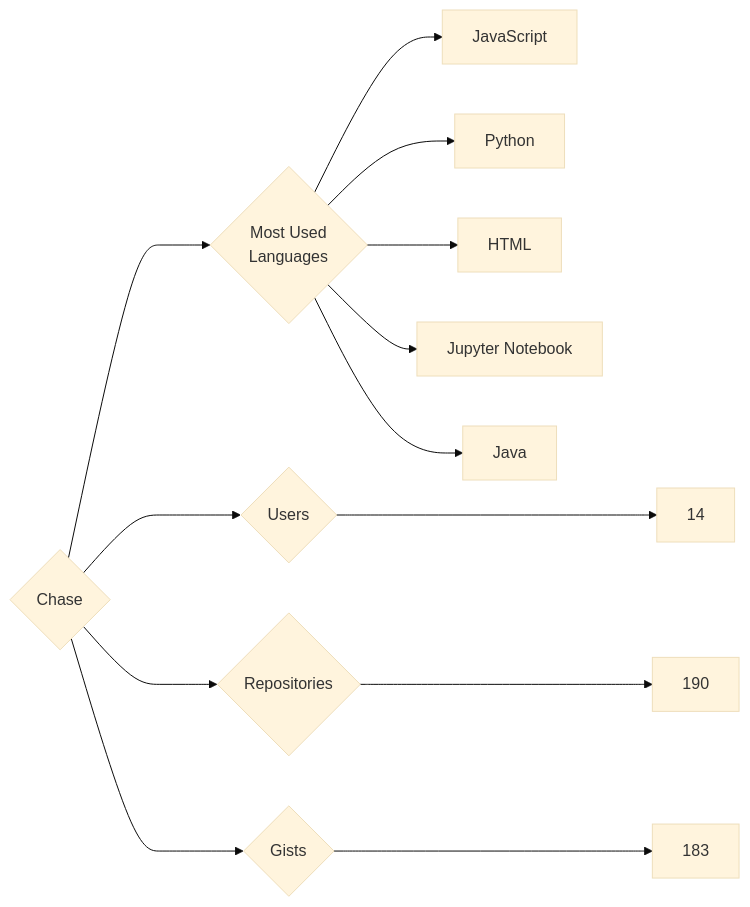
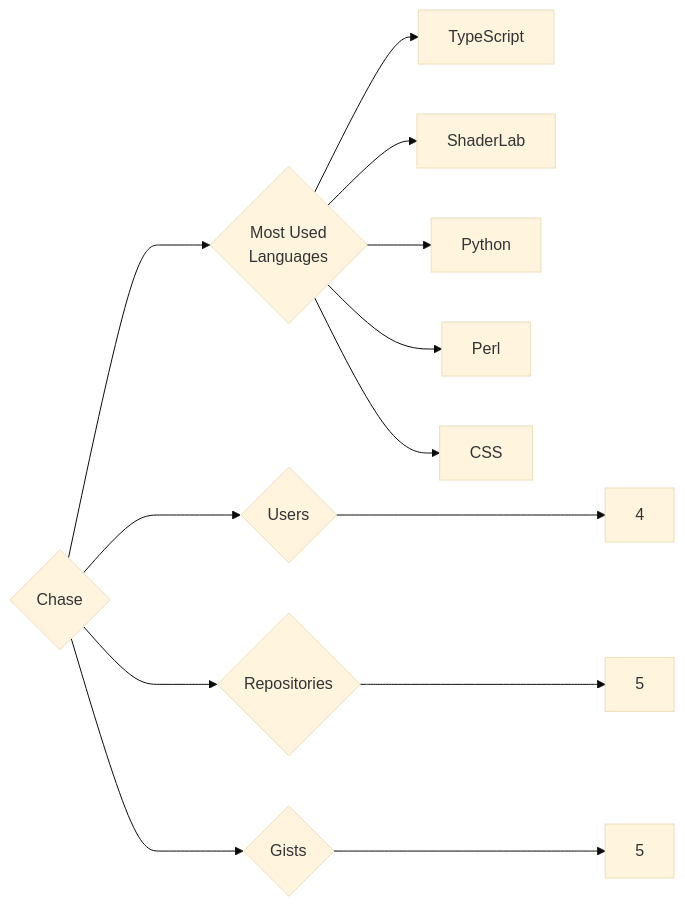
The diagram in targets/Chase/README.md (trickest/insiders), drawn with Mermaid (base theme) before and after one commit. The commit also changed 718 other files, not shown here.

````diff
--- a/targets/Chase/README.md
+++ b/targets/Chase/README.md
@@ -3,13 +3,13 @@
 ```mermaid
 graph LR
 COMPANY_NAME{Chase}
-COMPANY_NAME ---> U{Users} ---> UN[14]
-COMPANY_NAME ---> R{Repositories} ---> RN[190]
-COMPANY_NAME ---> G{Gists} ---> GN[183]
+COMPANY_NAME ---> U{Users} ---> UN[4]
+COMPANY_NAME ---> R{Repositories} ---> RN[5]
+COMPANY_NAME ---> G{Gists} ---> GN[5]
 COMPANY_NAME ---> ML{Most Used<br>Languages}
-ML --> JavaScript[JavaScript]
+ML --> TypeScript[TypeScript]
+ML --> ShaderLab[ShaderLab]
 ML --> Python[Python]
-ML --> HTML[HTML]
-ML --> Jupyter_Notebook[Jupyter Notebook]
-ML --> Java[Java]
+ML --> Perl[Perl]
+ML --> CSS[CSS]
 ```
````
